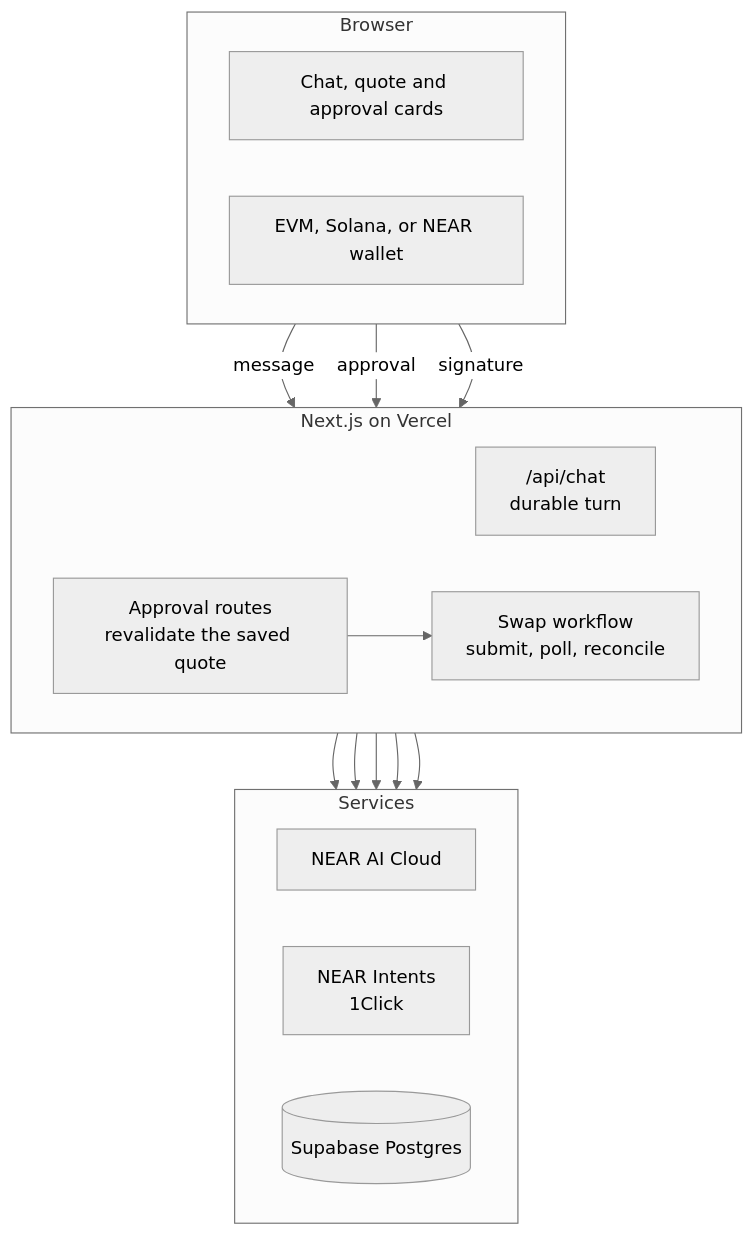
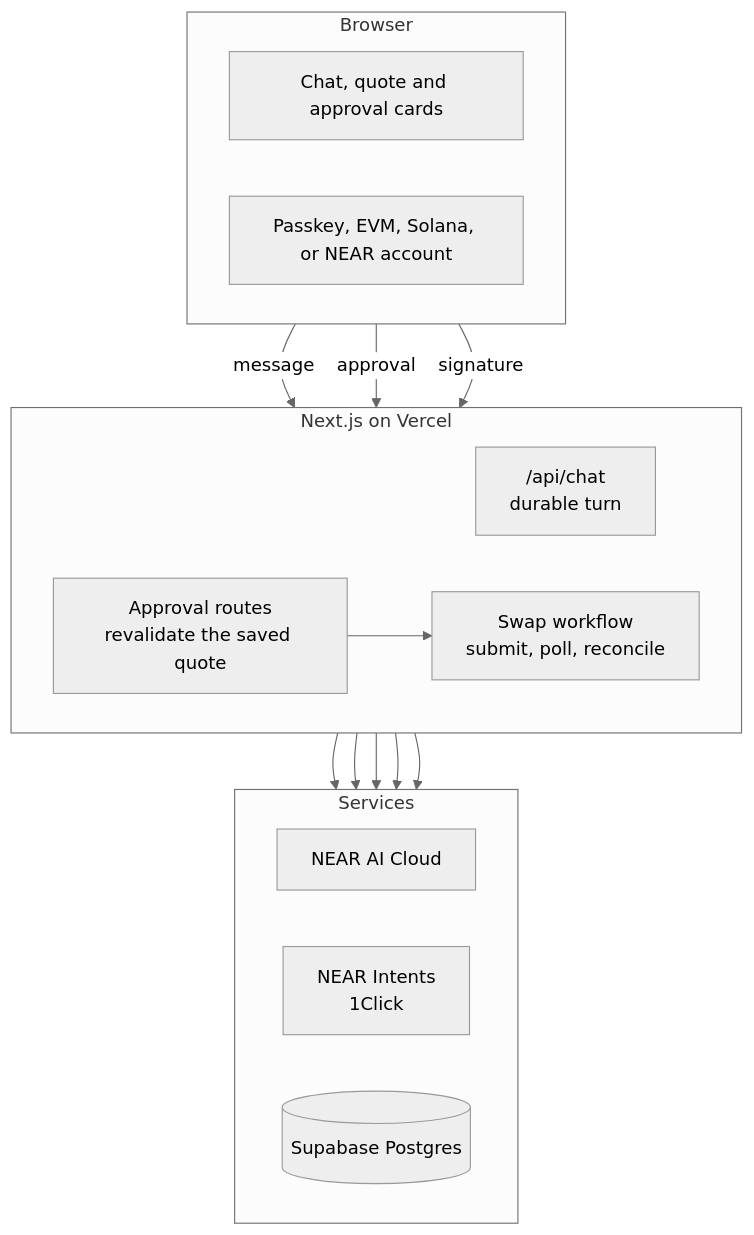
Before and after one commit to myntlefinance/myntle: the first of 2 diagrams in README.md, drawn with Mermaid (neutral theme). The commit also changed other lines of this file and 3 other files, not shown here.

````diff
--- a/README.md
+++ b/README.md
@@ -65,32 +65,32 @@
 ```mermaid
 flowchart TB
   subgraph browser["Browser"]
     direction LR
     ui["Chat, quote and approval cards"]
-    wallet["EVM, Solana, or NEAR wallet"]
+    account["Passkey, EVM, Solana, or NEAR account"]
   end
 
   subgraph server["Next.js on Vercel"]
     direction LR
     chat["/api/chat<br/>durable turn"]
     approve["Approval routes<br/>revalidate the saved quote"]
     lifecycle["Swap workflow<br/>submit, poll, reconcile"]
   end
 
   subgraph services["Services"]
     direction LR
     model["NEAR AI Cloud"]
     intents["NEAR Intents<br/>1Click"]
     db[("Supabase Postgres")]
   end
 
   ui -->|message| chat
   chat --> model
   chat --> intents
   ui -->|approval| approve
-  wallet -->|signature| approve
+  account -->|signature| approve
   approve --> lifecycle
   lifecycle --> intents
   lifecycle --> db
   chat --> db
 ```
````
